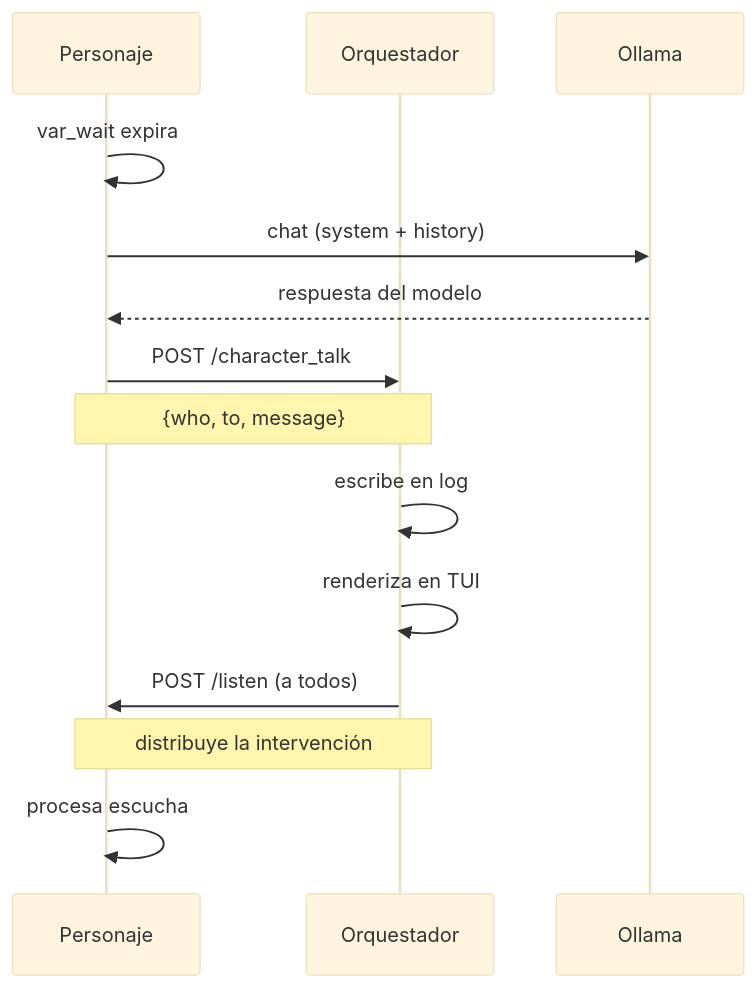
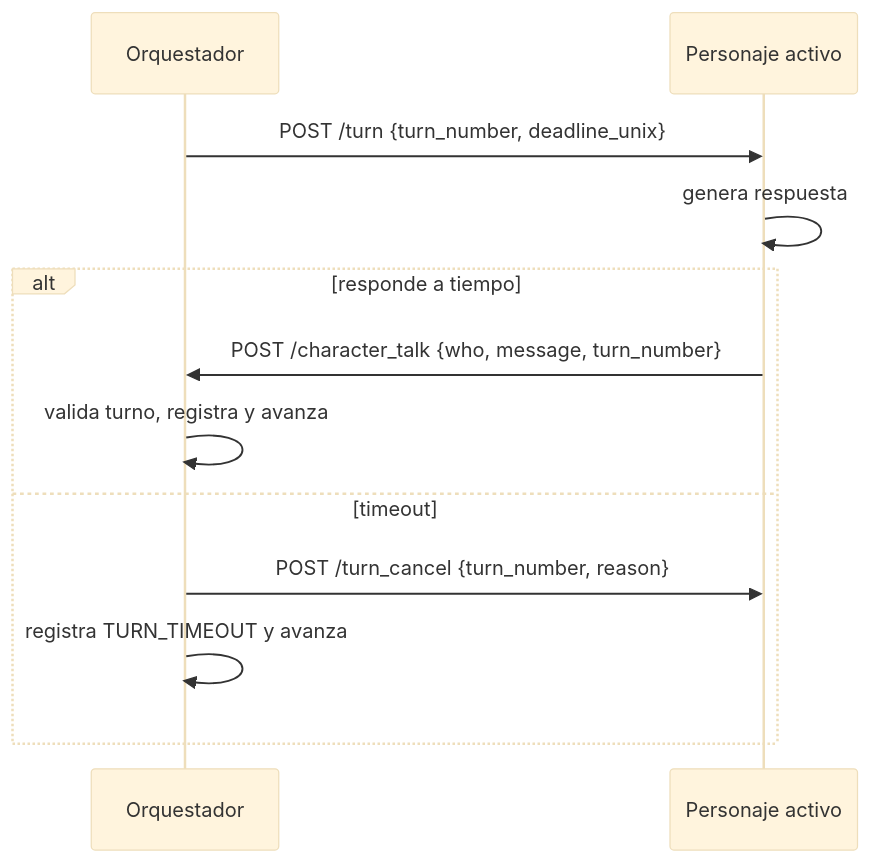
Before and after one commit to yeyopepe/PerSSim: the diagram in interact/docs/design.md, drawn with Mermaid (base theme). The commit also changed other lines of this file and 18 other files, not shown here.

First line of the commit message:
Implement sequential orchestrated turn flow with central timeout

````diff
--- a/interact/docs/design.md
+++ b/interact/docs/design.md
@@ -50,17 +14,15 @@
 ```mermaid
 sequenceDiagram
-    participant C as Personaje
     participant O as Orquestador
-    participant OL as Ollama
-    
-    C->>C: var_wait expira
-    C->>OL: chat (system + history)
-    OL-->>C: respuesta del modelo
-    C->>O: POST /character_talk
-    Note over C,O: {who, to, message}
-    O->>O: escribe en log
-    O->>O: renderiza en TUI
-    O->>C: POST /listen (a todos)
-    Note over O,C: distribuye la intervención
-    C->>C: procesa escucha
+    participant C as Personaje activo
+
+    O->>C: POST /turn {turn_number, deadline_unix}
+    C->>C: genera respuesta
+    alt responde a tiempo
+        C->>O: POST /character_talk {who, message, turn_number}
+        O->>O: valida turno, registra y avanza
+    else timeout
+        O->>C: POST /turn_cancel {turn_number, reason}
+        O->>O: registra TURN_TIMEOUT y avanza
+    end
 ```
````
